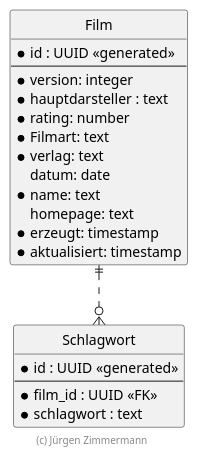
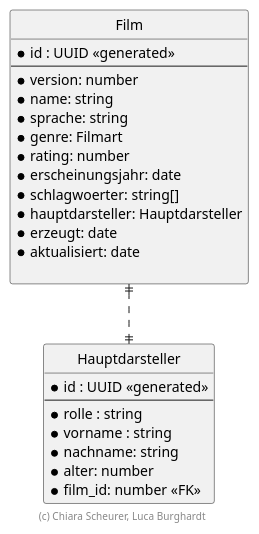
The diagram in .extras/doc/entwicklerhandbuch/ER-Diagramm.plantuml (Yuszi/Film), drawn with PlantUML before and after one commit. The commit also changed 2 other files, not shown here.

Commit message:
Plantuml

```diff
--- a/.extras/doc/entwicklerhandbuch/ER-Diagramm.plantuml
+++ b/.extras/doc/entwicklerhandbuch/ER-Diagramm.plantuml
@@ -18,35 +18,39 @@
 @startuml ER Diagramm
 
 ' hide the spot
 hide circle
 
 ' evtl. Prbleme mit Kraehenfuessen vermeiden
 skinparam linetype ortho
 
 entity "Film" {
   *id : UUID <<generated>>
   --
-  *version: integer
-  *hauptdarsteller : text
+  *version: number
+  *name: string
+  *sprache: string
+  *genre: Filmart
   *rating: number
-  *Filmart: text
-  *verlag: text
-  datum: date
-  *name: text
-  homepage: text
-  *erzeugt: timestamp
-  *aktualisiert: timestamp
+  *erscheinungsjahr: date
+  *schlagwoerter: string[]
+  *hauptdarsteller: Hauptdarsteller
+  *erzeugt: date
+  *aktualisiert: date
+  
 }
 
-entity "Schlagwort" {
+entity "Hauptdarsteller" {
   *id : UUID <<generated>>
   --
-  *film_id : UUID <<FK>>
-  *schlagwort : text
+  *rolle : string
+  *vorname : string
+  *nachname: string 
+  *alter: number 
+  *film_id: number <<FK>>
 }
 
-Film ||..o{ Schlagwort
+Film ||..|| Hauptdarsteller
 
-footer (c) Jürgen Zimmermann
+footer (c) Chiara Scheurer, Luca Burghardt
 
 @enduml
```
